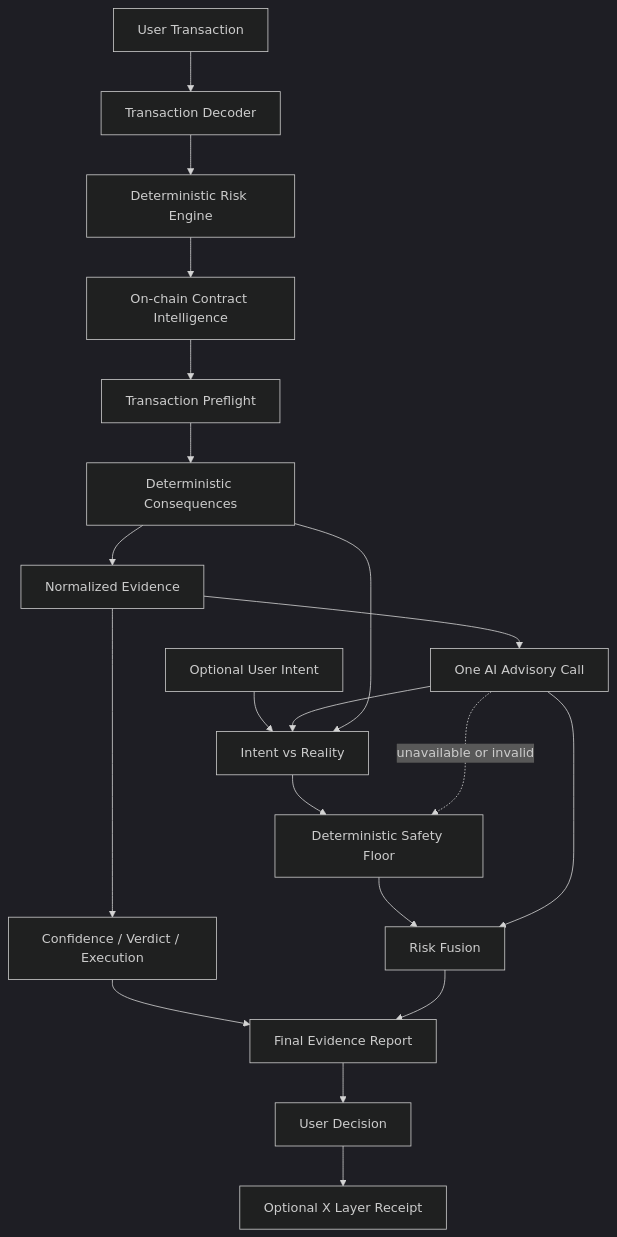
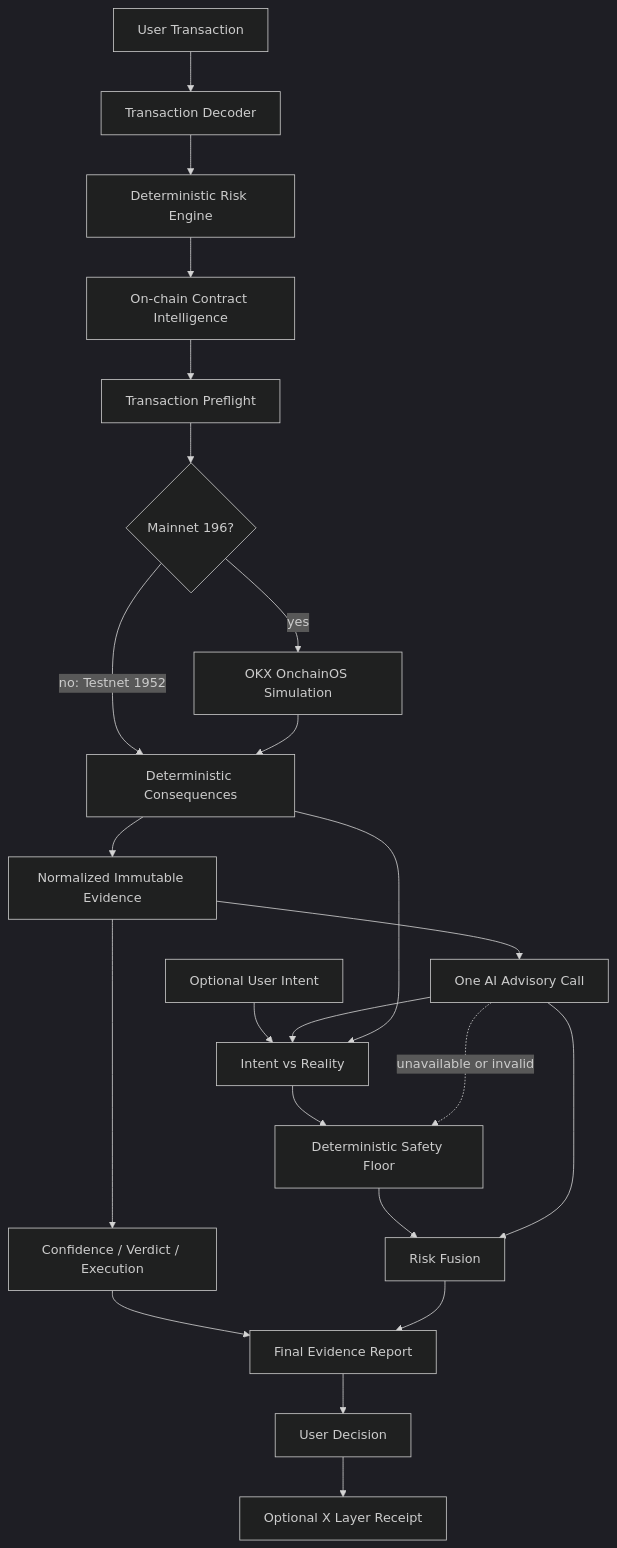
Before and after one commit to leafwithered/xguard-ai: the diagram in README.md, drawn with Mermaid (dark theme). The commit also changed other lines of this file and 28 other files, not shown here.

Commit message:
feat: add OKX simulation evidence preview

````diff
--- a/README.md
+++ b/README.md
@@ -100,22 +116,25 @@
 ```mermaid
 flowchart TD
     U[User Transaction] --> D[Transaction Decoder]
     D --> L[Deterministic Risk Engine]
     L --> CI[On-chain Contract Intelligence]
     CI --> P[Transaction Preflight]
-    P --> C[Deterministic Consequences]
-    C --> E[Normalized Evidence]
+    P --> O{Mainnet 196?}
+    O -->|yes| X[OKX OnchainOS Simulation]
+    O -->|no: Testnet 1952| C[Deterministic Consequences]
+    X --> C
+    C --> E[Normalized Immutable Evidence]
     E --> V[Confidence / Verdict / Execution]
     E --> A[One AI Advisory Call]
     I[Optional User Intent] --> M[Intent vs Reality]
     A --> M
     C --> M
     M --> S[Deterministic Safety Floor]
     S --> F[Risk Fusion]
     A --> F
     A -. unavailable or invalid .-> S
     V --> R[Final Evidence Report]
     F --> R
     R --> Q[User Decision]
     Q --> XR[Optional X Layer Receipt]
 ```
````
